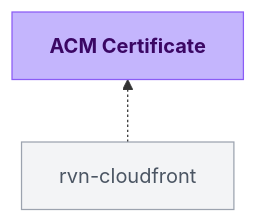
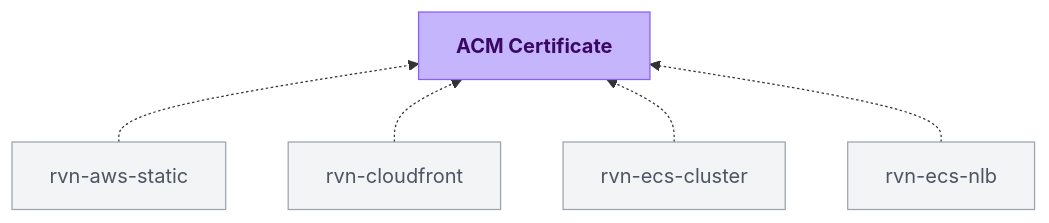
Before and after one commit to flightcontrolhq/docs: the diagram in module-definitions/catalog/rvn-acm-certificate.mdx, drawn with Mermaid. The commit also changed 7 other files, not shown here.

Commit message:
chore: sync module catalog docs

````diff
--- a/module-definitions/catalog/rvn-acm-certificate.mdx
+++ b/module-definitions/catalog/rvn-acm-certificate.mdx
@@ -13,14 +13,20 @@
 ```mermaid
 flowchart BT
-  rvn_cloudfront["rvn-cloudfront"] -.-> rvn_acm_certificate["<strong>ACM Certificate</strong>"]
+  rvn_aws_static["rvn-aws-static"] -.-> rvn_acm_certificate["<strong>ACM Certificate</strong>"]
+  rvn_cloudfront["rvn-cloudfront"] -.-> rvn_acm_certificate
+  rvn_ecs_cluster["rvn-ecs-cluster"] -.-> rvn_acm_certificate
+  rvn_ecs_nlb["rvn-ecs-nlb"] -.-> rvn_acm_certificate
 
   class rvn_acm_certificate current
-  class rvn_cloudfront consumer
+  class rvn_aws_static,rvn_cloudfront,rvn_ecs_cluster,rvn_ecs_nlb consumer
 
   classDef current fill:#C4B5FD,stroke:#8B5CF6,color:#3B0764
   classDef dependency fill:#FAF8FF,stroke:#DDD6FE,color:#6D28D9
   classDef consumer fill:#F3F4F6,stroke:#9CA3AF,color:#4B5563
   classDef upstream fill:#F8FAFC,stroke:#CBD5E1,color:#94A3B8
 
+  click rvn_aws_static "/module-definitions/catalog/rvn-aws-static" "Open rvn-aws-static docs"
   click rvn_cloudfront "/module-definitions/catalog/rvn-cloudfront" "Open rvn-cloudfront docs"
+  click rvn_ecs_cluster "/module-definitions/catalog/rvn-ecs-cluster" "Open rvn-ecs-cluster docs"
+  click rvn_ecs_nlb "/module-definitions/catalog/rvn-ecs-nlb" "Open rvn-ecs-nlb docs"
 ```
````
